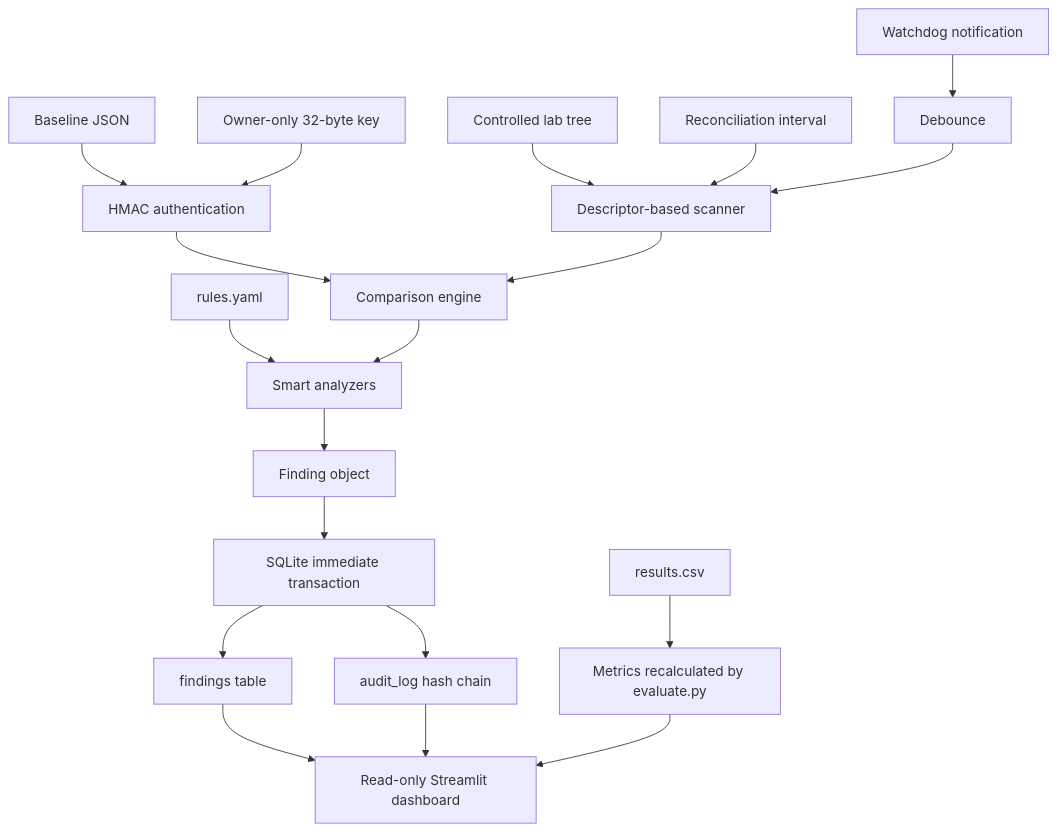
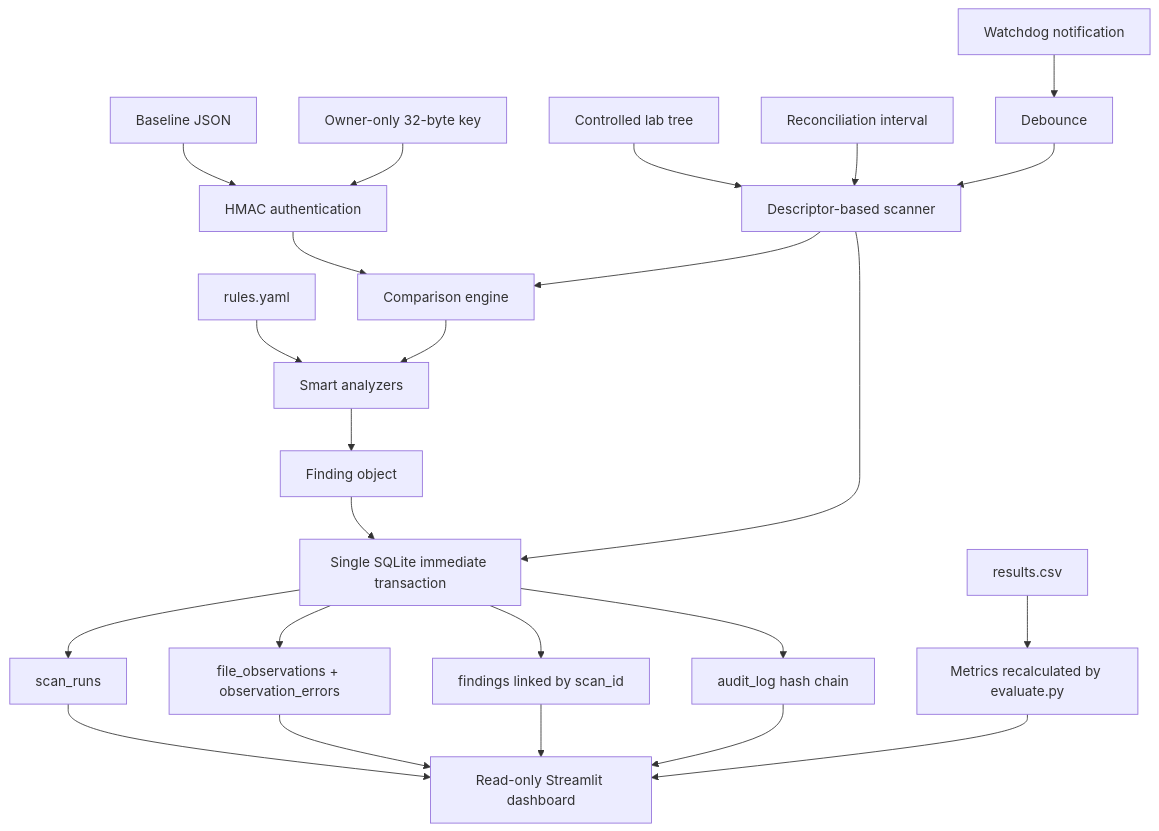
Before and after one commit to trilochan-prabakar/FORACE: the diagram in docs/architecture.md, drawn with Mermaid. The commit also changed other lines of this file and 21 other files, not shown here.

````diff
--- a/docs/architecture.md
+++ b/docs/architecture.md
@@ -21,21 +21,26 @@
 ```mermaid
 flowchart TD
   Lab[Controlled lab tree] --> Scanner[Descriptor-based scanner]
   Baseline[Baseline JSON] --> HMAC[HMAC authentication]
   Key[Owner-only 32-byte key] --> HMAC
   HMAC --> Compare[Comparison engine]
   Scanner --> Compare
   Rules[rules.yaml] --> Semantic[Smart analyzers]
   Compare --> Semantic
   Event[Watchdog notification] --> Debounce[Debounce]
   Timer[Reconciliation interval] --> Scanner
   Debounce --> Scanner
   Semantic --> Finding[Finding object]
-  Finding --> Tx[SQLite immediate transaction]
-  Tx --> Findings[findings table]
+  Finding --> Tx[Single SQLite immediate transaction]
+  Scanner --> Tx
+  Tx --> Runs[scan_runs]
+  Tx --> Observations[file_observations + observation_errors]
+  Tx --> Findings[findings linked by scan_id]
   Tx --> Audit[audit_log hash chain]
-  Findings --> Dashboard[Read-only Streamlit dashboard]
+  Runs --> Dashboard[Read-only Streamlit dashboard]
+  Observations --> Dashboard
+  Findings --> Dashboard
   Audit --> Dashboard
   CSV[results.csv] --> Eval[Metrics recalculated by evaluate.py]
   Eval --> Dashboard
 ```
````
